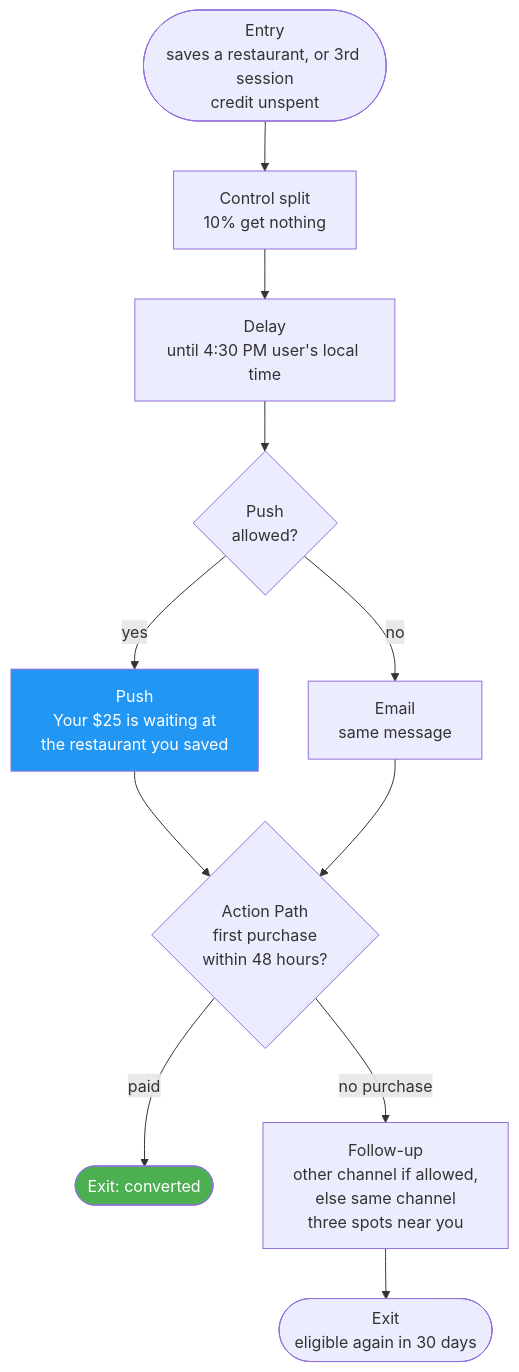
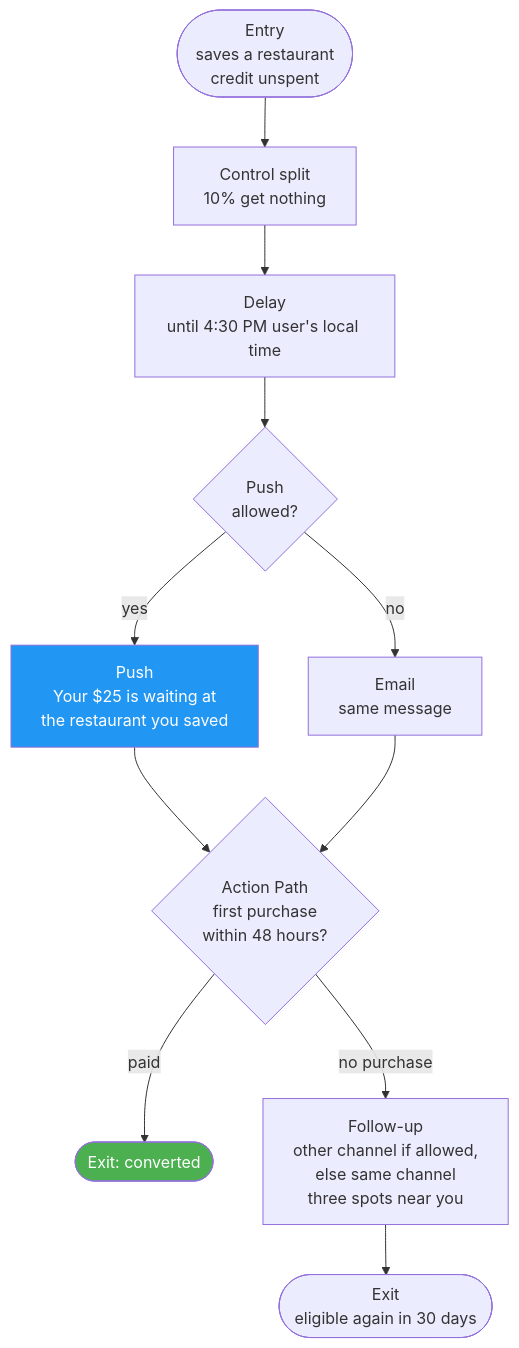
One commit to arndvs/inkind-first-credit-journey changed the diagram in 02-journey.md. Above: the diagram before and after it, drawn with Mermaid. The commit also changed other lines of this file, not shown here.

First line of the commit message:
02: drop unverified session entry path; keep save-only trigger

````diff
--- a/02-journey.md
+++ b/02-journey.md
@@ -42,16 +41,16 @@
 ```mermaid
 flowchart TD
-    A(["Entry<br/>saves a restaurant, or 3rd session<br/>credit unspent"]) --> B["Control split<br/>10% get nothing"]
+    A(["Entry<br/>saves a restaurant<br/>credit unspent"]) --> B["Control split<br/>10% get nothing"]
     B --> C["Delay<br/>until 4:30 PM user's local time"]
     C --> D{"Push<br/>allowed?"}
     D -->|"yes"| E["Push<br/>Your $25 is waiting at<br/>the restaurant you saved"]
     D -->|"no"| F["Email<br/>same message"]
     E --> G{"Action Path<br/>first purchase<br/>within 48 hours?"}
     F --> G
     G -->|"paid"| H(["Exit: converted"])
     G -->|"no purchase"| I["Follow-up<br/>other channel if allowed,<br/>else same channel<br/>three spots near you"]
     I --> J(["Exit<br/>eligible again in 30 days"])
 
     style E fill:#2196f3,color:#fff
     style H fill:#4caf50,color:#fff
 ```
````
